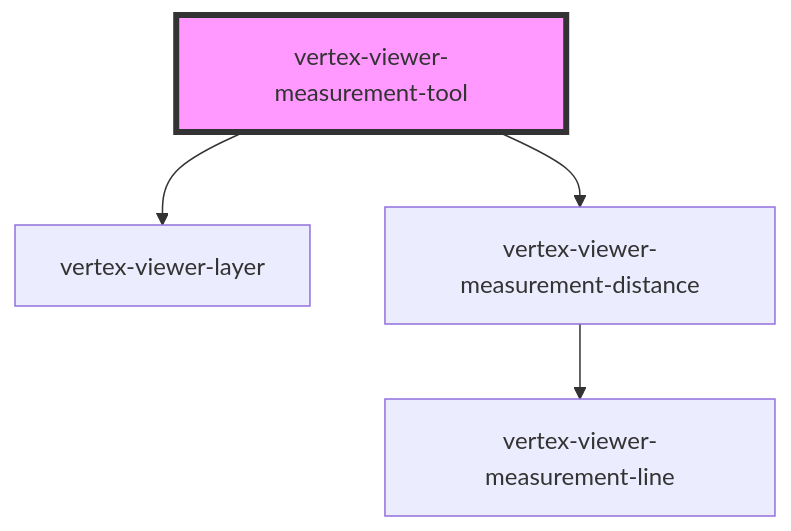
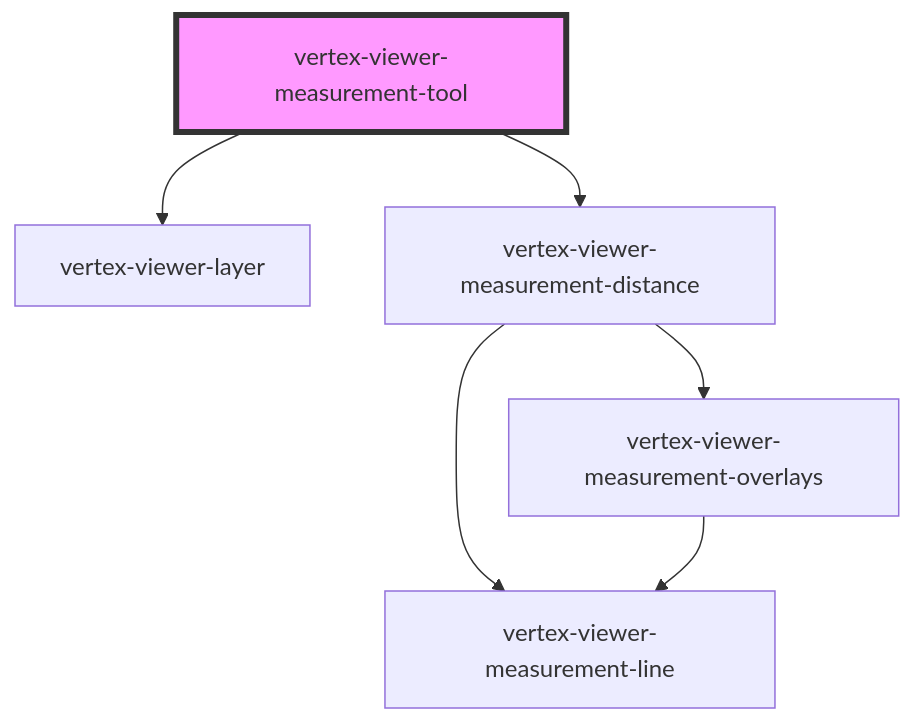
Before and after one commit to Vertexvis/vertex-web-sdk: the diagram in packages/viewer/src/components/viewer-measurement-tool/readme.md, drawn with Mermaid. The commit also changed 12 other files, not shown here.

````diff
--- a/packages/viewer/src/components/viewer-measurement-tool/readme.md
+++ b/packages/viewer/src/components/viewer-measurement-tool/readme.md
@@ -44,7 +44,9 @@
 ```mermaid
 graph TD;
   vertex-viewer-measurement-tool --> vertex-viewer-layer
   vertex-viewer-measurement-tool --> vertex-viewer-measurement-distance
+  vertex-viewer-measurement-distance --> vertex-viewer-measurement-overlays
   vertex-viewer-measurement-distance --> vertex-viewer-measurement-line
+  vertex-viewer-measurement-overlays --> vertex-viewer-measurement-line
   style vertex-viewer-measurement-tool fill:#f9f,stroke:#333,stroke-width:4px
 ```
````
